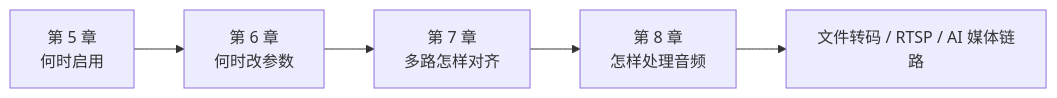
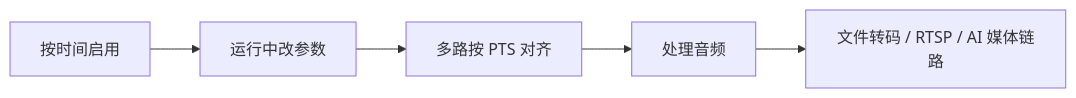
One commit to flycodeu/FlyCodeCenter changed the first of 10 diagrams in src/content/tutorial/ffmpeg/FFmpeg Filters-2.md. Above: the diagram before and after it, drawn with Mermaid. The commit also changed other lines of this file, not shown here.

````diff
--- a/src/content/tutorial/ffmpeg/FFmpeg Filters-2.md
+++ b/src/content/tutorial/ffmpeg/FFmpeg Filters-2.md
@@ -30,7 +21,7 @@
 ```mermaid
 flowchart LR
-  A[第 5 章<br/>何时启用] --> B[第 6 章<br/>何时改参数]
-  B --> C[第 7 章<br/>多路怎样对齐]
-  C --> D[第 8 章<br/>怎样处理音频]
+  A[按时间启用] --> B[运行中改参数]
+  B --> C[多路按 PTS 对齐]
+  C --> D[处理音频]
   D --> E[文件转码 / RTSP / AI 媒体链路]
 ```
````
